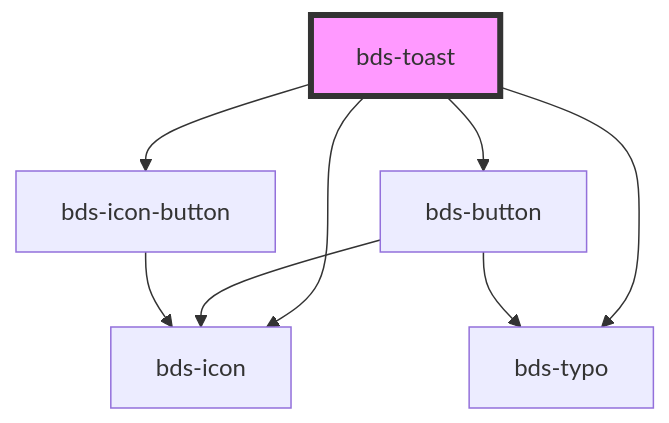
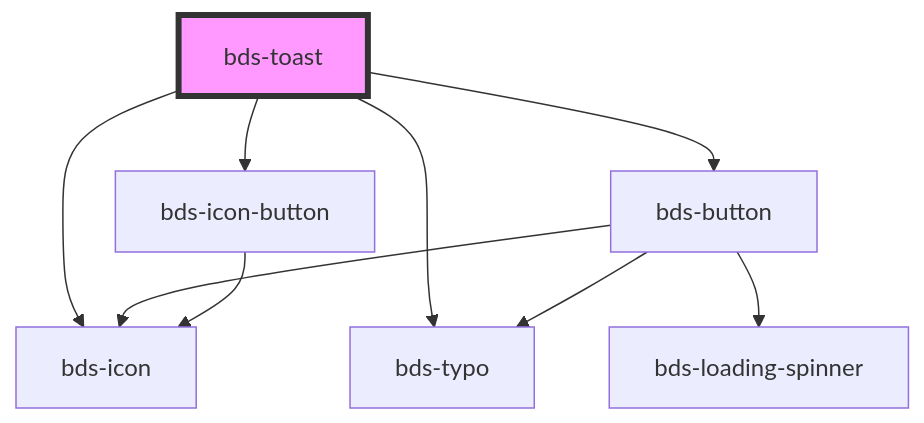
One commit to takenet/blip-ds changed the diagram in src/components/toast/readme.md. Above: the diagram before and after it, drawn with Mermaid. The commit also changed 10 other files, not shown here.

First line of the commit message:
feat: adding load spinner on button

````diff
--- a/src/components/toast/readme.md
+++ b/src/components/toast/readme.md
@@ -64,11 +64,12 @@
 ```mermaid
 graph TD;
   bds-toast --> bds-icon
   bds-toast --> bds-typo
   bds-toast --> bds-button
   bds-toast --> bds-icon-button
   bds-button --> bds-icon
   bds-button --> bds-typo
+  bds-button --> bds-loading-spinner
   bds-icon-button --> bds-icon
   style bds-toast fill:#f9f,stroke:#333,stroke-width:4px
 ```
````
